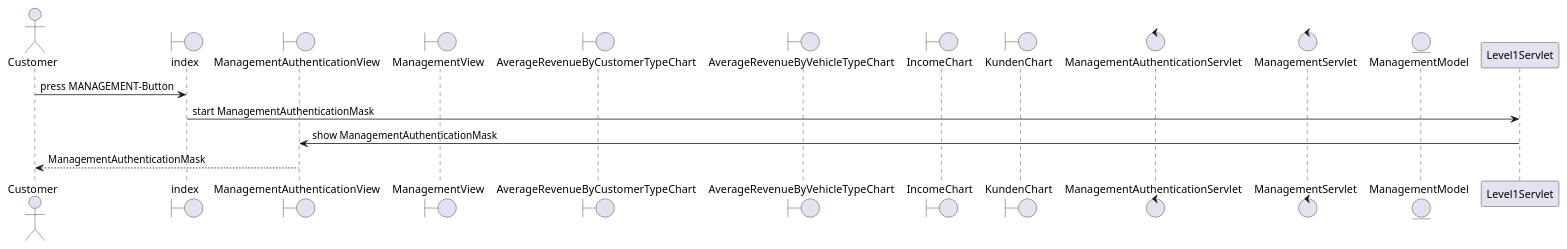
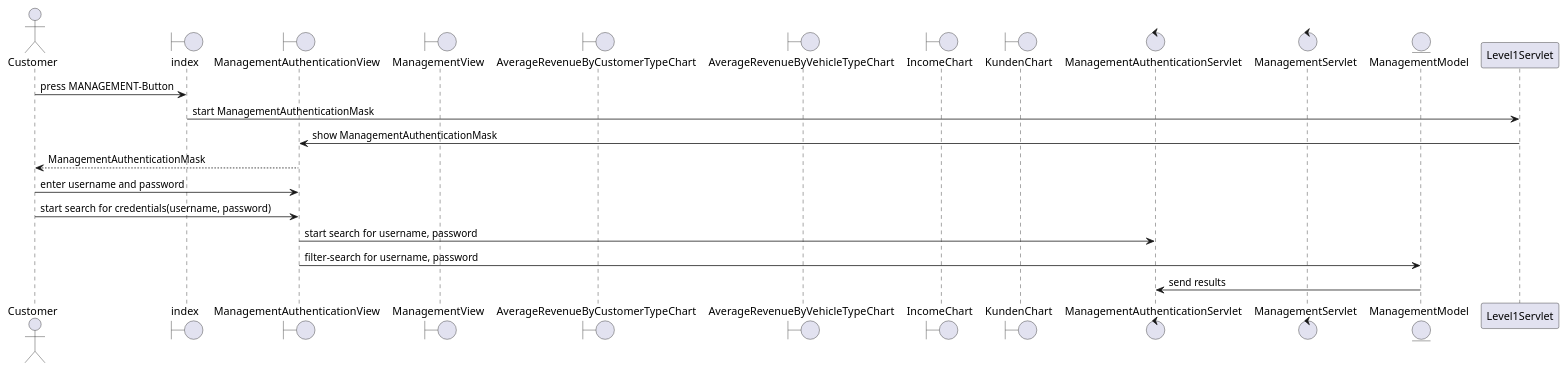
Before and after one commit to 1nbetw33n/Parkhaus_new: the diagram in src/main/parkhaus-project/Parkhaus/java/Planung/DIAGRAMM/sd_Management.puml, drawn with PlantUML.

Commit message:
ManagementAuthentication-Process

```diff
--- a/src/main/parkhaus-project/Parkhaus/java/Planung/DIAGRAMM/sd_Management.puml
+++ b/src/main/parkhaus-project/Parkhaus/java/Planung/DIAGRAMM/sd_Management.puml
@@ -1,20 +1,25 @@
 @startuml
 'https://plantuml.com/sequence-diagram
 actor Customer
 boundary index
 boundary ManagementAuthenticationView
 boundary ManagementView
 boundary AverageRevenueByCustomerTypeChart
 boundary AverageRevenueByVehicleTypeChart
 boundary IncomeChart
 boundary KundenChart
 control ManagementAuthenticationServlet
 control ManagementServlet
 entity ManagementModel
 Customer -> index : press MANAGEMENT-Button
 index -> Level1Servlet : start ManagementAuthenticationMask
 Level1Servlet -> ManagementAuthenticationView : show ManagementAuthenticationMask
 ManagementAuthenticationView --> Customer : ManagementAuthenticationMask
+Customer -> ManagementAuthenticationView : enter username and password
+Customer -> ManagementAuthenticationView : start search for credentials(username, password)
+ManagementAuthenticationView -> ManagementAuthenticationServlet : start search for username, password
+ManagementAuthenticationView -> ManagementModel : filter-search for username, password
+ManagementModel -> ManagementAuthenticationServlet : send results
 
 
 @enduml
```
